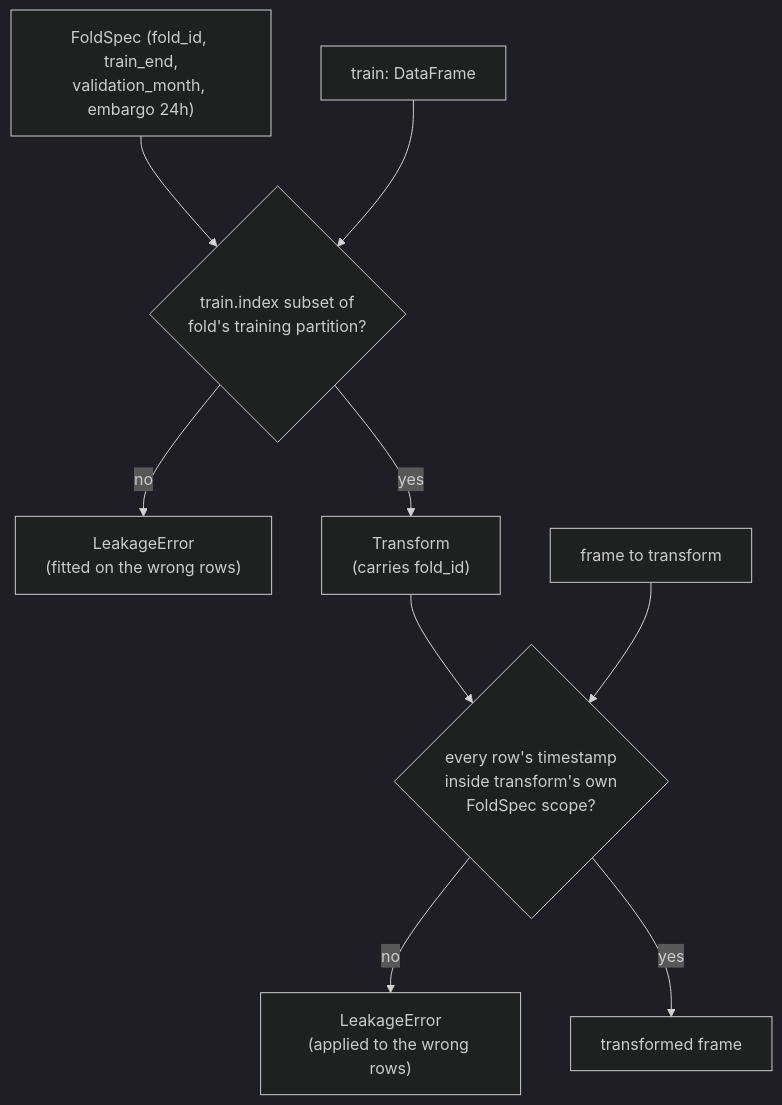
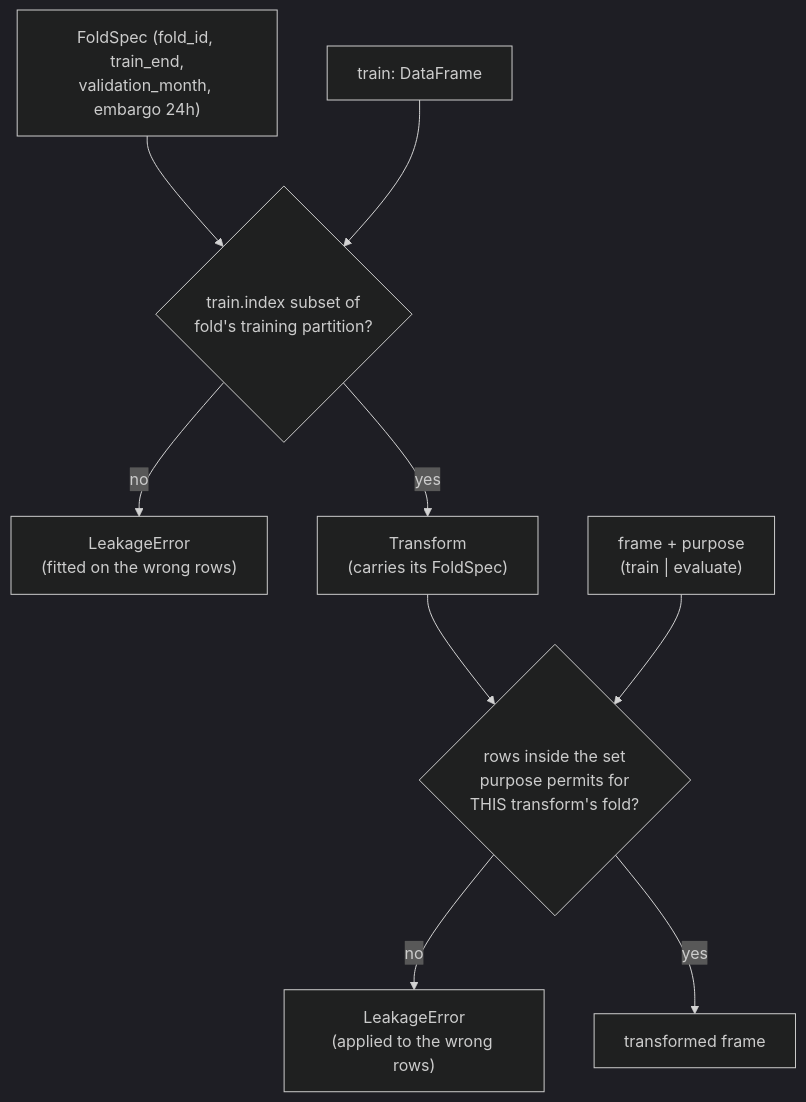
The diagram in aidlc/spaces/default/intents/260813-tec-hourly-forecast/construction/features-and-splits/functional-design/business-logic-model.md (Kimrza/Thesis_toshkari), drawn with Mermaid (dark theme) before and after one commit. The commit also changed other lines of this file and 19 other files, not shown here.

````diff
--- a/aidlc/spaces/default/intents/260813-tec-hourly-forecast/construction/features-and-splits/functional-design/business-logic-model.md
+++ b/aidlc/spaces/default/intents/260813-tec-hourly-forecast/construction/features-and-splits/functional-design/business-logic-model.md
@@ -152,20 +166,20 @@
 ```mermaid
 graph TD
   F["FoldSpec (fold_id, train_end,<br/>validation_month, embargo 24h)"]
   T["train: DataFrame"]
   A{"train.index subset of<br/>fold's training partition?"}
   X1["LeakageError<br/>(fitted on the wrong rows)"]
-  TR["Transform<br/>(carries fold_id)"]
-  FR["frame to transform"]
-  B{"every row's timestamp<br/>inside transform's own<br/>FoldSpec scope?"}
+  TR["Transform<br/>(carries its FoldSpec)"]
+  FR["frame + purpose<br/>(train | evaluate)"]
+  B{"rows inside the set<br/>purpose permits for<br/>THIS transform's fold?"}
   X2["LeakageError<br/>(applied to the wrong rows)"]
   OK["transformed frame"]
   F --> A
   T --> A
   A -->|no| X1
   A -->|yes| TR
   TR --> B
   FR --> B
   B -->|no| X2
   B -->|yes| OK
 ```
````
